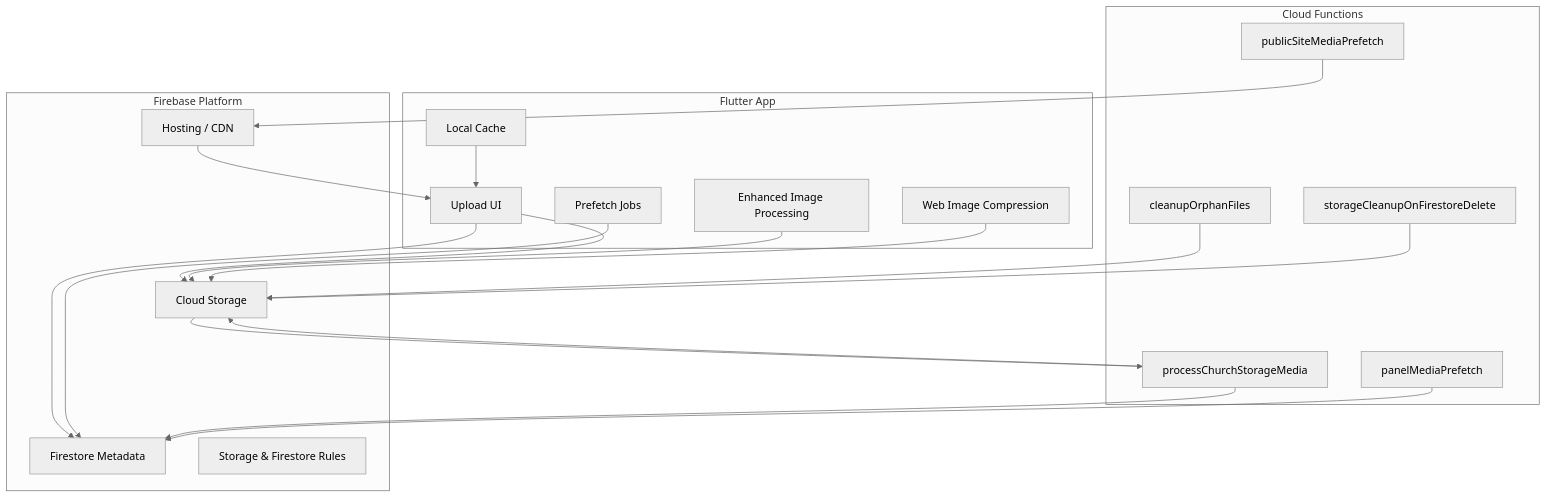
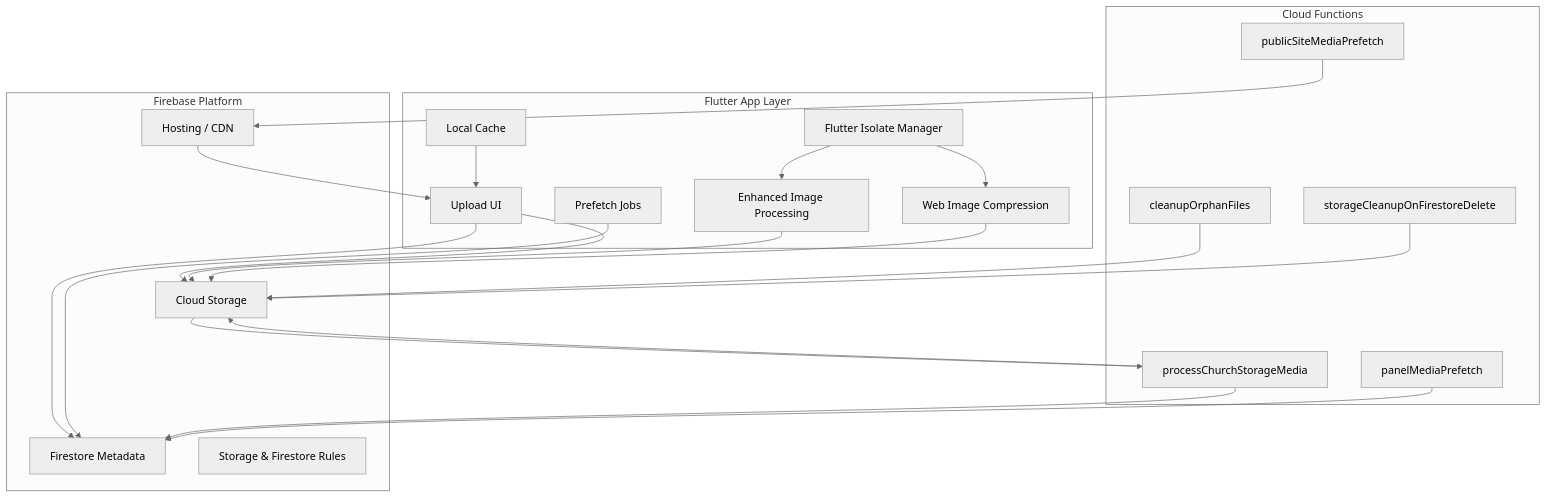
Before and after one commit to raihom-netizen/com.gestaoyahwehios.app: the first of 16 diagrams in .qoder/repowiki/en/content/Media Management/Media Management.md, drawn with Mermaid (neutral theme). The commit also changed other lines of this file and 161 other files, not shown here.

````diff
--- a/.qoder/repowiki/en/content/Media Management/Media Management.md
+++ b/.qoder/repowiki/en/content/Media Management/Media Management.md
@@ -56,37 +58,40 @@
 ```mermaid
 graph TB
-subgraph "Flutter App"
+subgraph "Flutter App Layer"
 UI["Upload UI"]
 Cache["Local Cache"]
 Prefetch["Prefetch Jobs"]
 ImageProc["Enhanced Image Processing"]
 WebCompress["Web Image Compression"]
+Isolate["Flutter Isolate Manager"]
 end
 subgraph "Firebase Platform"
 Storage["Cloud Storage"]
 Firestore["Firestore Metadata"]
 Rules["Storage & Firestore Rules"]
 Hosting["Hosting / CDN"]
 end
 subgraph "Cloud Functions"
 Proc["processChurchStorageMedia"]
 Cleanup["cleanupOrphanFiles"]
 CleanDel["storageCleanupOnFirestoreDelete"]
 PanelPrefetch["panelMediaPrefetch"]
 PublicPrefetch["publicSiteMediaPrefetch"]
 end
 UI --> Storage
 UI --> Firestore
 Cache --> UI
 Prefetch --> Firestore
 ImageProc --> Storage
 WebCompress --> Storage
+Isolate --> ImageProc
+Isolate --> WebCompress
 Storage --> Proc
 Proc --> Storage
 Proc --> Firestore
 Cleanup --> Storage
 CleanDel --> Storage
 PanelPrefetch --> Firestore
 PublicPrefetch --> Hosting
 Hosting --> UI
 ```
````
